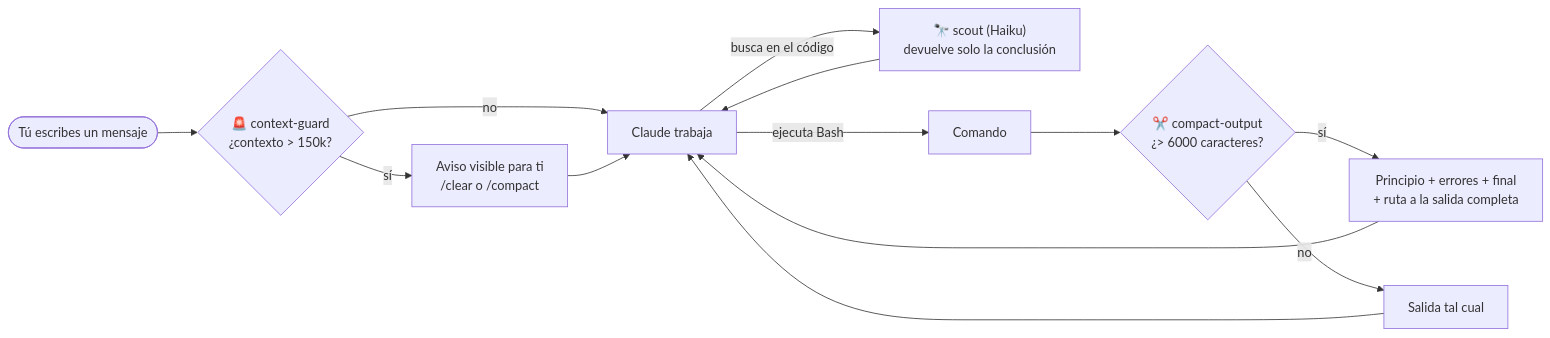
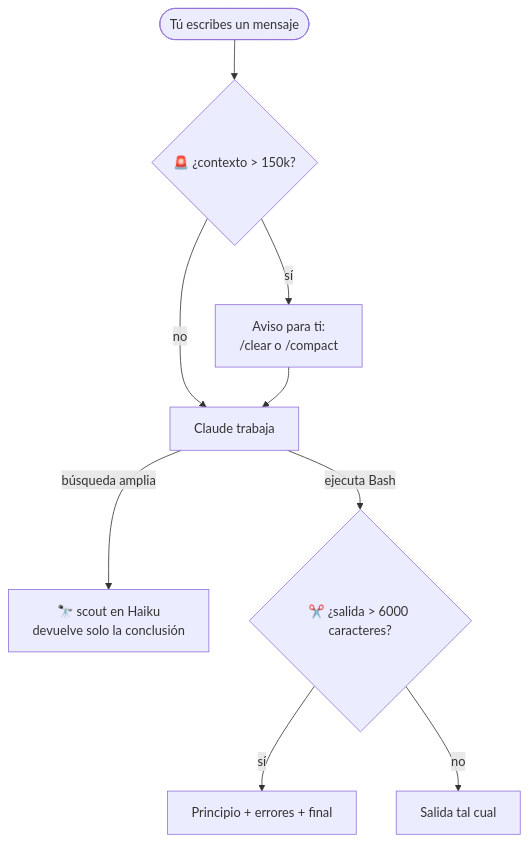
One commit to envyx10/token-saver changed the diagram in README.md. Above: the diagram before and after it, drawn with Mermaid. The commit also changed other lines of this file and 1 other file, not shown here.

Commit message:
README: readable charts and stacked before/after example

````diff
--- a/README.md
+++ b/README.md
@@ -71,15 +67,11 @@
 ```mermaid
-flowchart LR
-    U([Tú escribes un mensaje]) --> G{"🚨 context-guard<br/>¿contexto > 150k?"}
-    G -- sí --> W["Aviso visible para ti<br/>/clear o /compact"]
+flowchart TD
+    U([Tú escribes un mensaje]) --> G{"🚨 ¿contexto > 150k?"}
+    G -- sí --> W["Aviso para ti:<br/>/clear o /compact"]
     G -- no --> C
     W --> C[Claude trabaja]
-    C -- "busca en el código" --> S["🔭 scout (Haiku)<br/>devuelve solo la conclusión"]
-    C -- "ejecuta Bash" --> B[Comando]
-    B --> K{"✂️ compact-output<br/>¿> 6000 caracteres?"}
-    K -- sí --> R["Principio + errores + final<br/>+ ruta a la salida completa"]
+    C -- "búsqueda amplia" --> S["🔭 scout en Haiku<br/>devuelve solo la conclusión"]
+    C -- "ejecuta Bash" --> K{"✂️ ¿salida > 6000 caracteres?"}
+    K -- sí --> R["Principio + errores + final"]
     K -- no --> O[Salida tal cual]
-    R --> C
-    O --> C
-    S --> C
 ```
````
